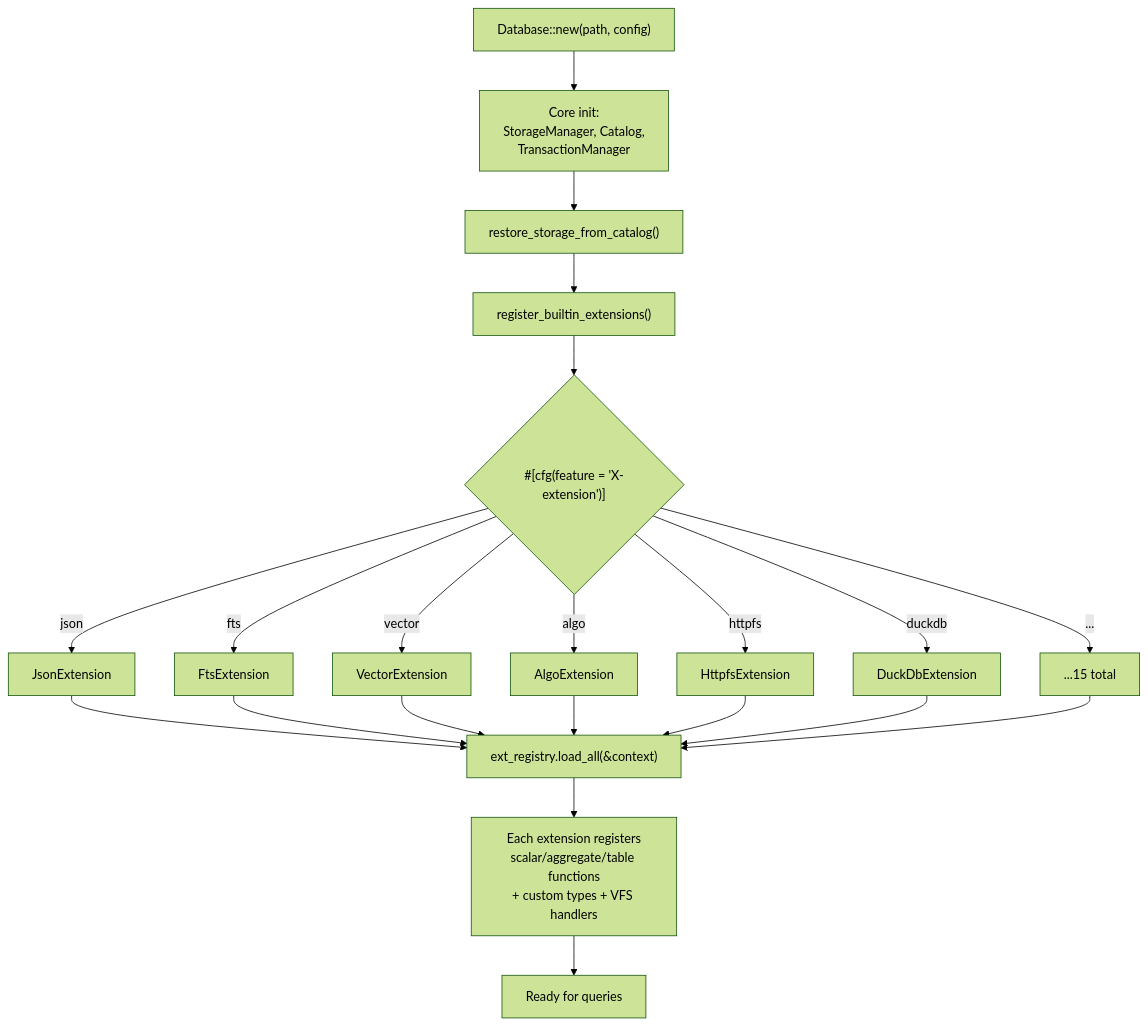
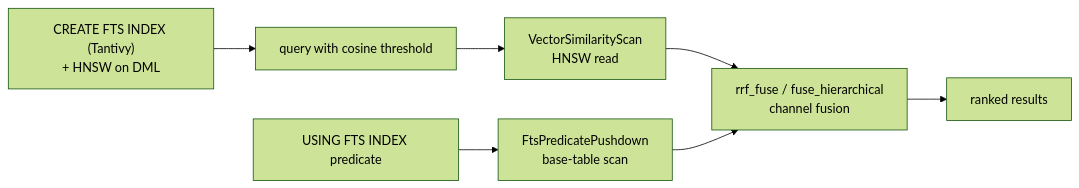
The second of 2 diagrams in .terrain/human/3.Workflows.md (mlengse/akar), drawn with Mermaid (forest theme) before and after one commit. The commit also changed other lines of this file and 51 other files, not shown here.

````diff
--- a/.terrain/human/3.Workflows.md
+++ b/.terrain/human/3.Workflows.md
@@ -179,17 +53,9 @@
 ```mermaid
-flowchart TD
-    A["Database::new(path, config)"] --> B["Core init:<br/>StorageManager, Catalog,<br/>TransactionManager"]
-    B --> C["restore_storage_from_catalog()"]
-    C --> D["register_builtin_extensions()"]
-    D --> E{"#[cfg(feature = 'X-extension')]"}
-    E -->|json| F["JsonExtension"]
-    E -->|fts| G["FtsExtension"]
-    E -->|vector| H["VectorExtension"]
-    E -->|algo| I["AlgoExtension"]
-    E -->|httpfs| J["HttpfsExtension"]
-    E -->|duckdb| K["DuckDbExtension"]
-    E -->|...| L["...15 total"]
-    F & G & H & I & J & K & L --> M["ext_registry.load_all(&context)"]
-    M --> N["Each extension registers<br/>scalar/aggregate/table functions<br/>+ custom types + VFS handlers"]
-    N --> O["Ready for queries"]
+flowchart LR
+    A["CREATE FTS INDEX (Tantivy)<br/>+ HNSW on DML"] --> B["query with cosine threshold"]
+    B --> C["VectorSimilarityScan<br/>HNSW read"]
+    D["USING FTS INDEX predicate"] --> E["FtsPredicatePushdown<br/>base-table scan"]
+    C --> F["rrf_fuse / fuse_hierarchical<br/>channel fusion"]
+    E --> F
+    F --> G["ranked results"]
 ```
````
